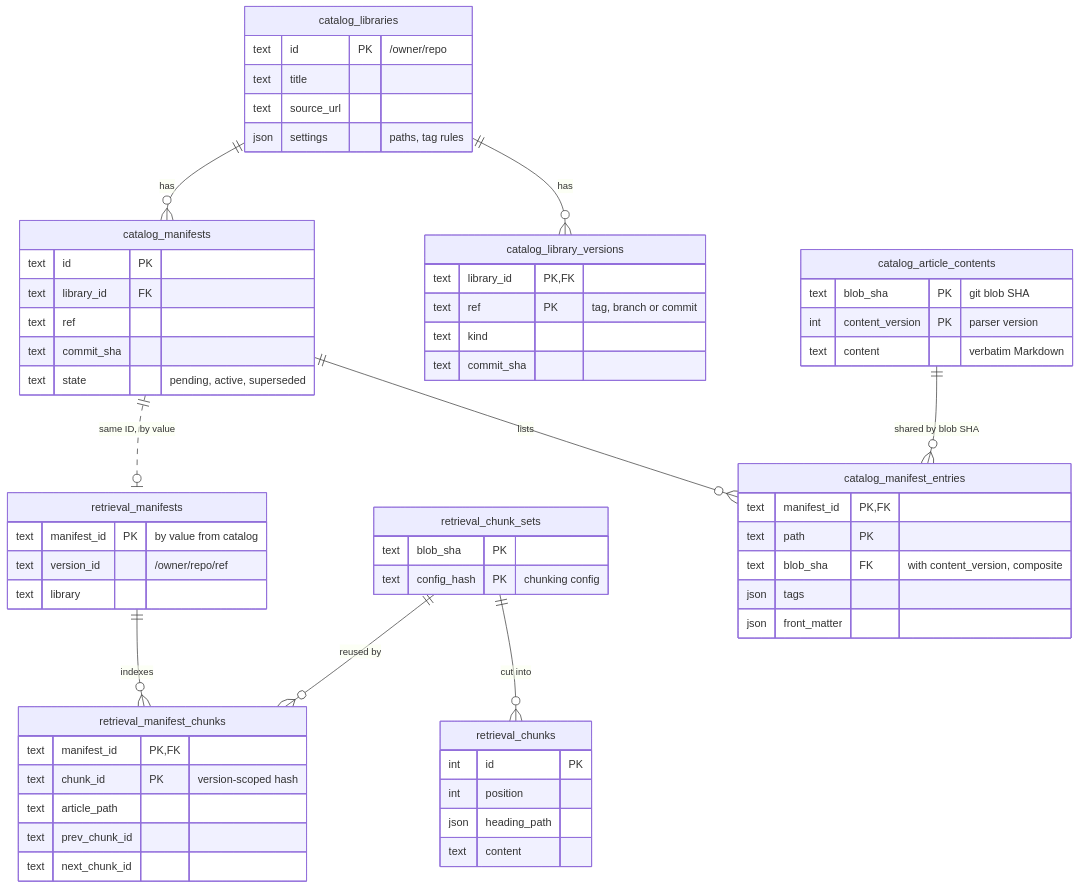
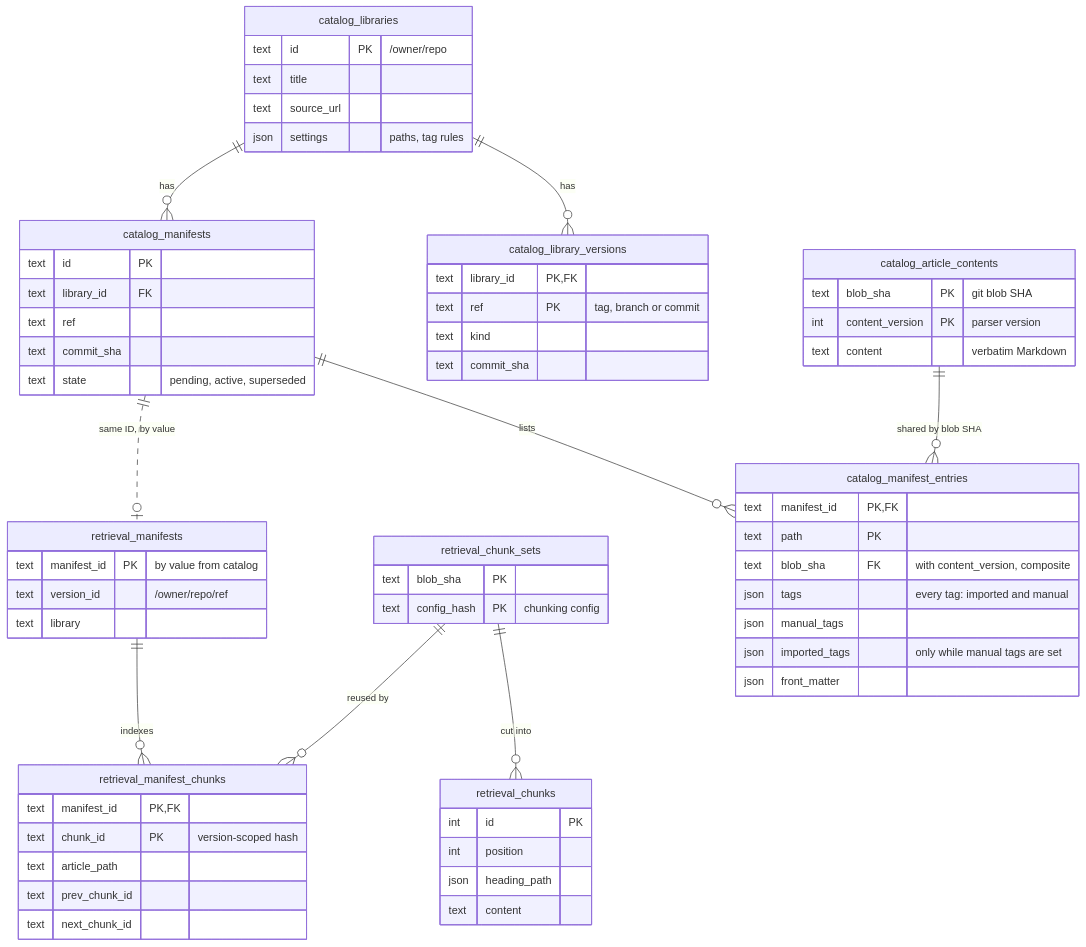
One commit to SirCypkowskyy/ExactDocs changed the second of 5 diagrams in docs/architecture.md. Above: the diagram before and after it, drawn with Mermaid. The commit also changed other lines of this file and 44 other files, not shown here.

First line of the commit message:
feat(catalog): users tag articles by hand, and manual tags follow renames (#68)

````diff
--- a/docs/architecture.md
+++ b/docs/architecture.md
@@ -179,68 +189,70 @@
 ```mermaid
 erDiagram
     catalog_libraries ||--o{ catalog_library_versions : "has"
     catalog_libraries ||--o{ catalog_manifests : "has"
     catalog_manifests ||--o{ catalog_manifest_entries : "lists"
     catalog_article_contents ||--o{ catalog_manifest_entries : "shared by blob SHA"
 
     catalog_libraries {
         text id PK "/owner/repo"
         text title
         text source_url
         json settings "paths, tag rules"
     }
     catalog_library_versions {
         text library_id PK, FK
         text ref PK "tag, branch or commit"
         text kind
         text commit_sha
     }
     catalog_manifests {
         text id PK
         text library_id FK
         text ref
         text commit_sha
         text state "pending, active, superseded"
     }
     catalog_manifest_entries {
         text manifest_id PK, FK
         text path PK
         text blob_sha FK "with content_version, composite"
-        json tags
+        json tags "every tag: imported and manual"
+        json manual_tags
+        json imported_tags "only while manual tags are set"
         json front_matter
     }
     catalog_article_contents {
         text blob_sha PK "git blob SHA"
         int content_version PK "parser version"
         text content "verbatim Markdown"
     }
 
     retrieval_chunk_sets ||--o{ retrieval_chunks : "cut into"
     retrieval_chunk_sets ||--o{ retrieval_manifest_chunks : "reused by"
     retrieval_manifests ||--o{ retrieval_manifest_chunks : "indexes"
 
     retrieval_chunk_sets {
         text blob_sha PK
         text config_hash PK "chunking config"
     }
     retrieval_chunks {
         int id PK
         int position
         json heading_path
         text content
     }
     retrieval_manifests {
         text manifest_id PK "by value from catalog"
         text version_id "/owner/repo/ref"
         text library
     }
     retrieval_manifest_chunks {
         text manifest_id PK, FK
         text chunk_id PK "version-scoped hash"
         text article_path
         text prev_chunk_id
         text next_chunk_id
     }
 
     catalog_manifests ||..o| retrieval_manifests : "same ID, by value"
 ```
````
